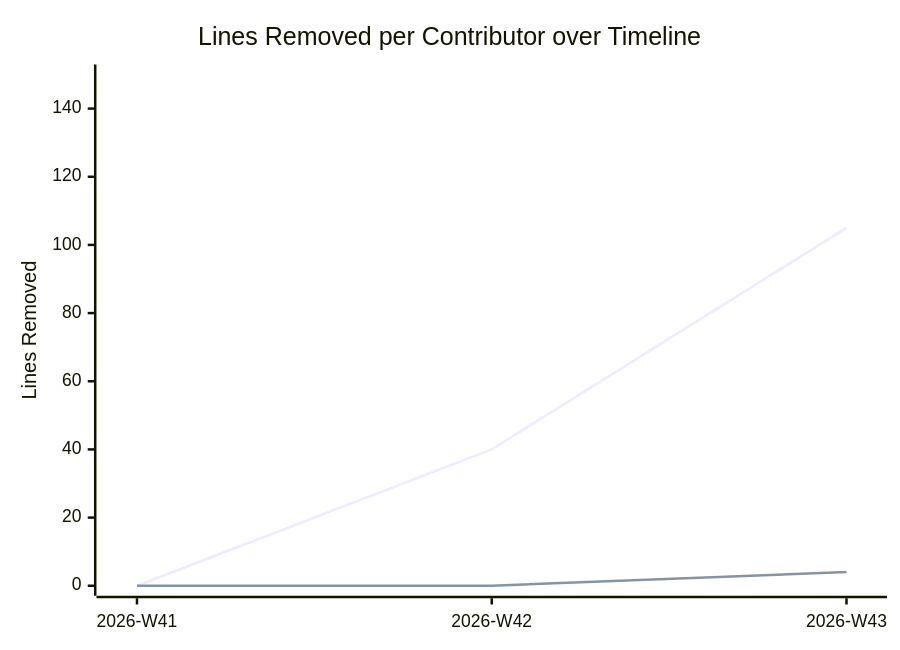
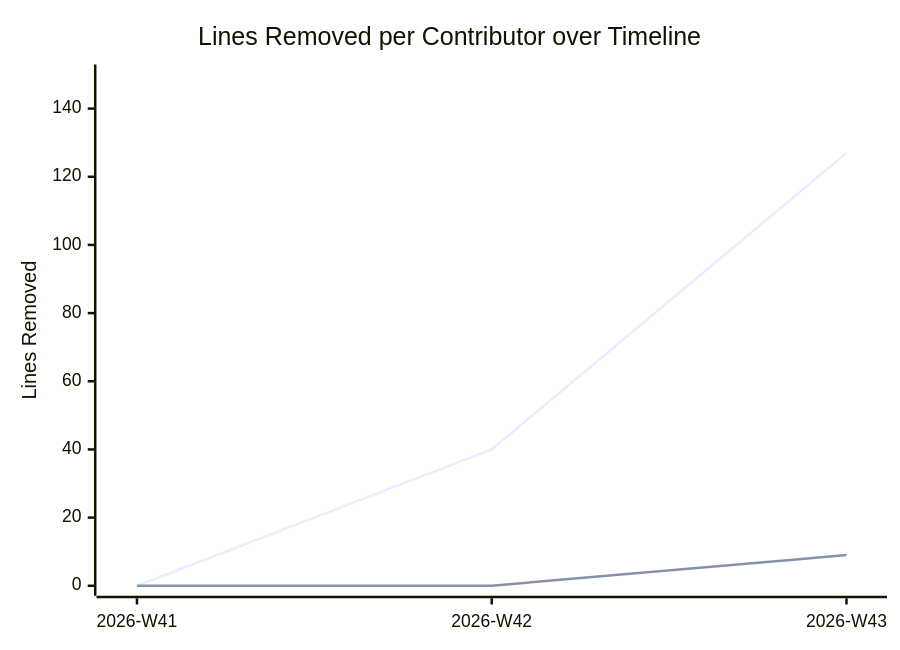
The diagram in documentation/snippets/management/code-deletions.mmd (BeyondMagic/swe-template), drawn with Mermaid before and after one commit. The commit also changed 2 other files, not shown here.

```diff
--- a/documentation/snippets/management/code-deletions.mmd
+++ b/documentation/snippets/management/code-deletions.mmd
@@ -1,6 +1,6 @@
 xychart-beta
     title "Lines Removed per Contributor over Timeline"
     x-axis ["2026-W41", "2026-W42", "2026-W43"]
     y-axis "Lines Removed" 0 --> 150
-    line [0, 40, 105]
-    line [0, 0, 4]
+    line [0, 40, 127]
+    line [0, 0, 9]
```
